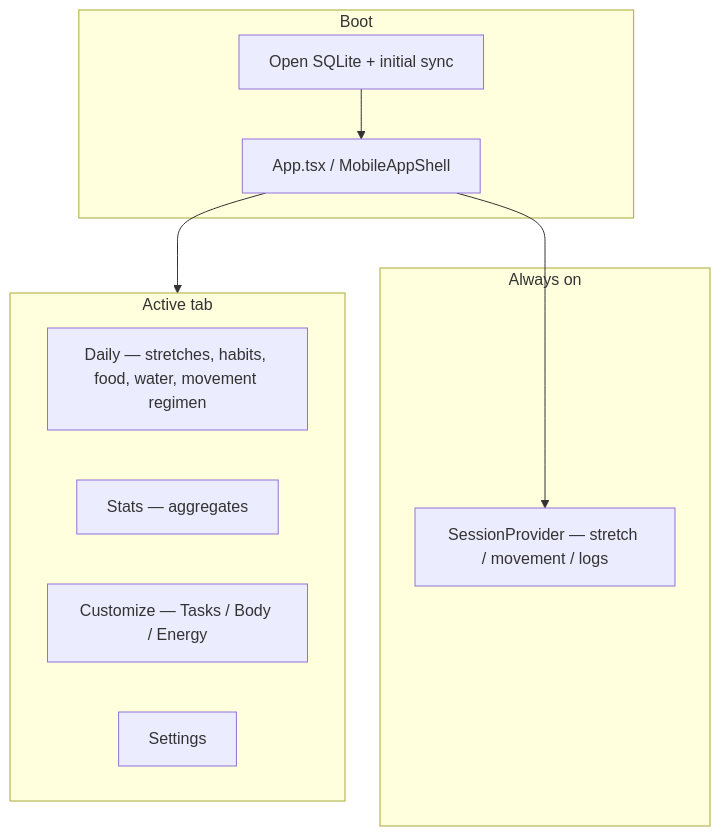
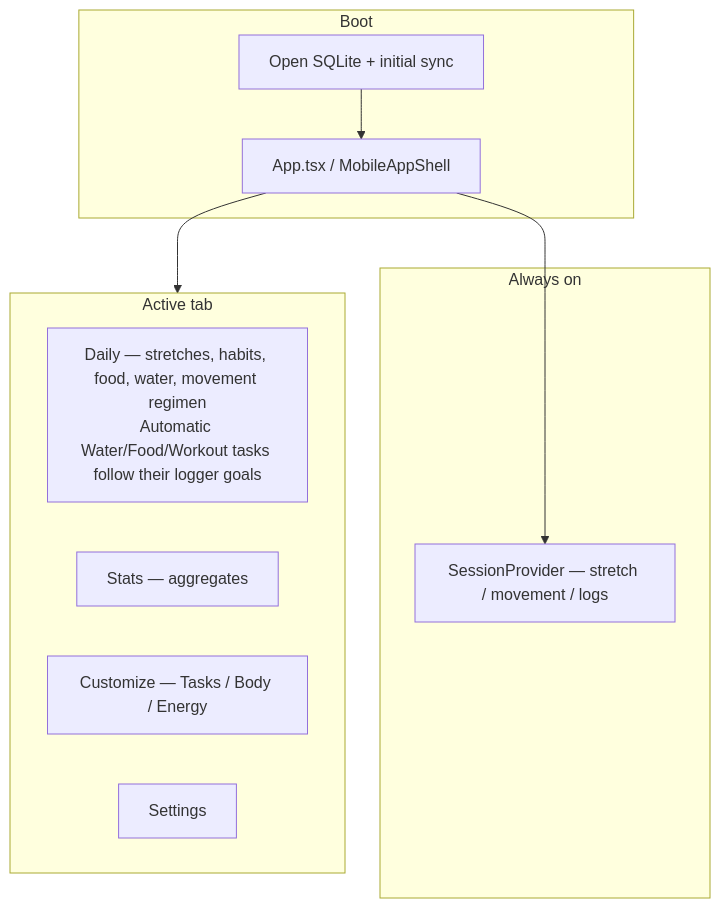
One commit to jdserenity/management changed the second of 4 diagrams in scaffold/CODEMAP-HUMAN.md. Above: the diagram before and after it, drawn with Mermaid. The commit also changed 27 other files, not shown here.

Commit message:
Make tracker goals automatic streak tasks

````diff
--- a/scaffold/CODEMAP-HUMAN.md
+++ b/scaffold/CODEMAP-HUMAN.md
@@ -33,19 +33,19 @@
 ```mermaid
 flowchart TB
   subgraph boot["Boot"]
     DB["Open SQLite + initial sync"]
     App["App.tsx / MobileAppShell"]
   end
   subgraph providers["Always on"]
     SP["SessionProvider — stretch / movement / logs"]
   end
   subgraph tabs["Active tab"]
-    Daily["Daily — stretches, habits, food, water, movement regimen"]
+    Daily["Daily — stretches, habits, food, water, movement regimen\nAutomatic Water/Food/Workout tasks follow their logger goals"]
     Stats["Stats — aggregates"]
     Customize["Customize — Tasks / Body / Energy"]
     Settings["Settings"]
   end
   DB --> App
   App --> SP
   App --> tabs
 ```
````
